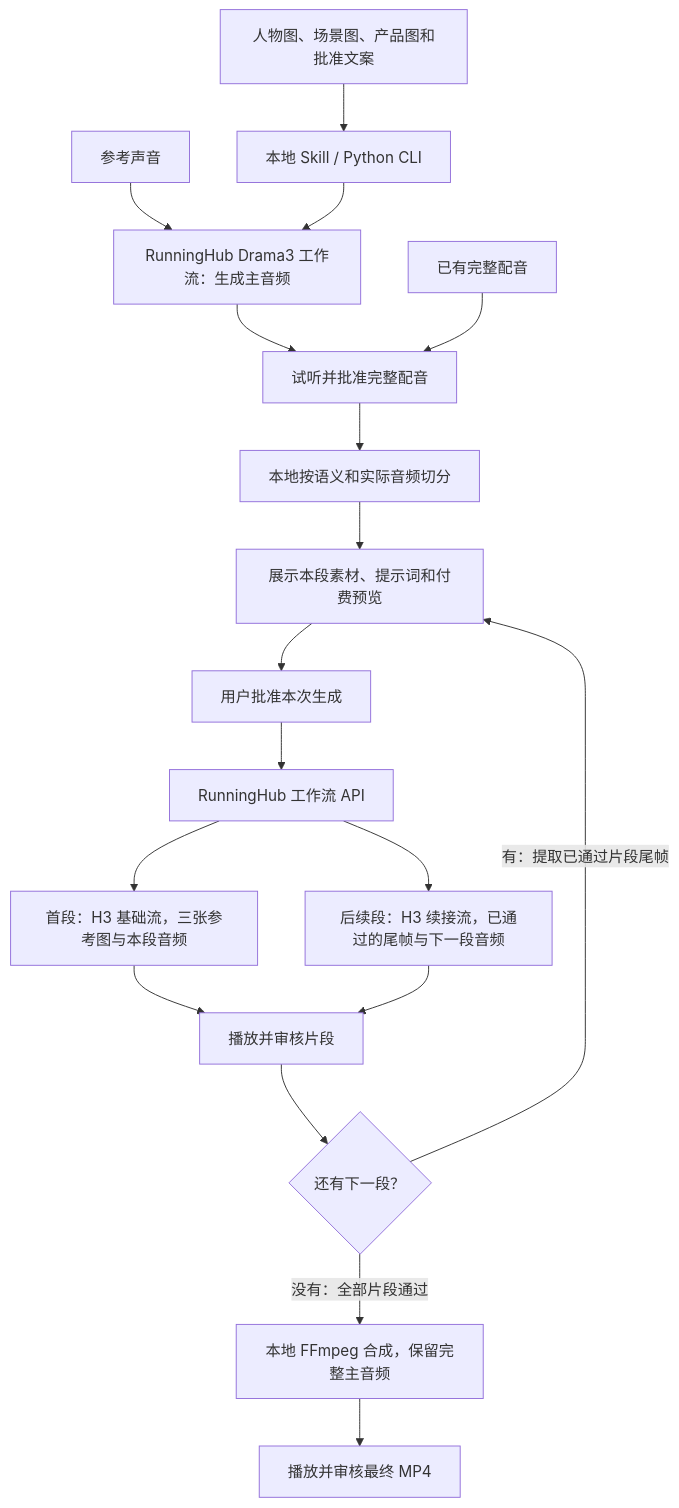
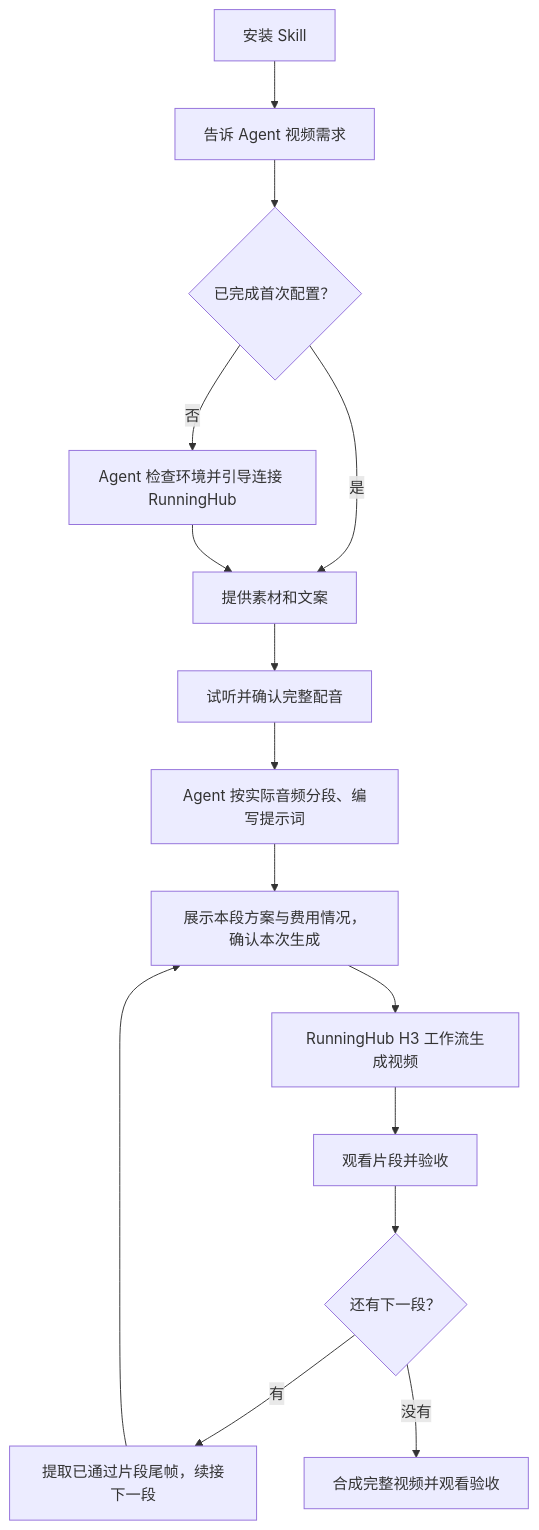
One commit to JasperCQ/talking-head-video-skill changed the diagram in README.md. Above: the diagram before and after it, drawn with Mermaid. The commit also changed other lines of this file and 3 other files, not shown here.

````diff
--- a/README.md
+++ b/README.md
@@ -9,20 +63,17 @@
 ```mermaid
 flowchart TD
-    A[人物图、场景图、产品图和批准文案] --> B[本地 Skill / Python CLI]
-    V[参考声音] --> T[RunningHub Drama3 工作流：生成主音频]
-    B --> T
-    T --> R[试听并批准完整配音]
-    E[已有完整配音] --> R
-    R --> S[本地按语义和实际音频切分]
-    S --> P[展示本段素材、提示词和付费预览]
-    P --> C[用户批准本次生成]
-    C --> H[RunningHub 工作流 API]
-    H --> F[首段：H3 基础流，三张参考图与本段音频]
-    H --> I[后续段：H3 续接流，已通过的尾帧与下一段音频]
-    F --> Q[播放并审核片段]
-    I --> Q
-    Q --> N{还有下一段？}
-    N -->|有：提取已通过片段尾帧| P
-    N -->|没有：全部片段通过| M[本地 FFmpeg 合成，保留完整主音频]
-    M --> Z[播放并审核最终 MP4]
+    A[安装 Skill] --> B[告诉 Agent 视频需求]
+    B --> C{已完成首次配置？}
+    C -->|否| D[Agent 检查环境并引导连接 RunningHub]
+    C -->|是| E[提供素材和文案]
+    D --> E
+    E --> F[试听并确认完整配音]
+    F --> G[Agent 按实际音频分段、编写提示词]
+    G --> H[展示本段方案与费用情况，确认本次生成]
+    H --> I[RunningHub H3 工作流生成视频]
+    I --> J[观看片段并验收]
+    J --> K{还有下一段？}
+    K -->|有| L[提取已通过片段尾帧，续接下一段]
+    L --> H
+    K -->|没有| M[合成完整视频并观看验收]
 ```
````
